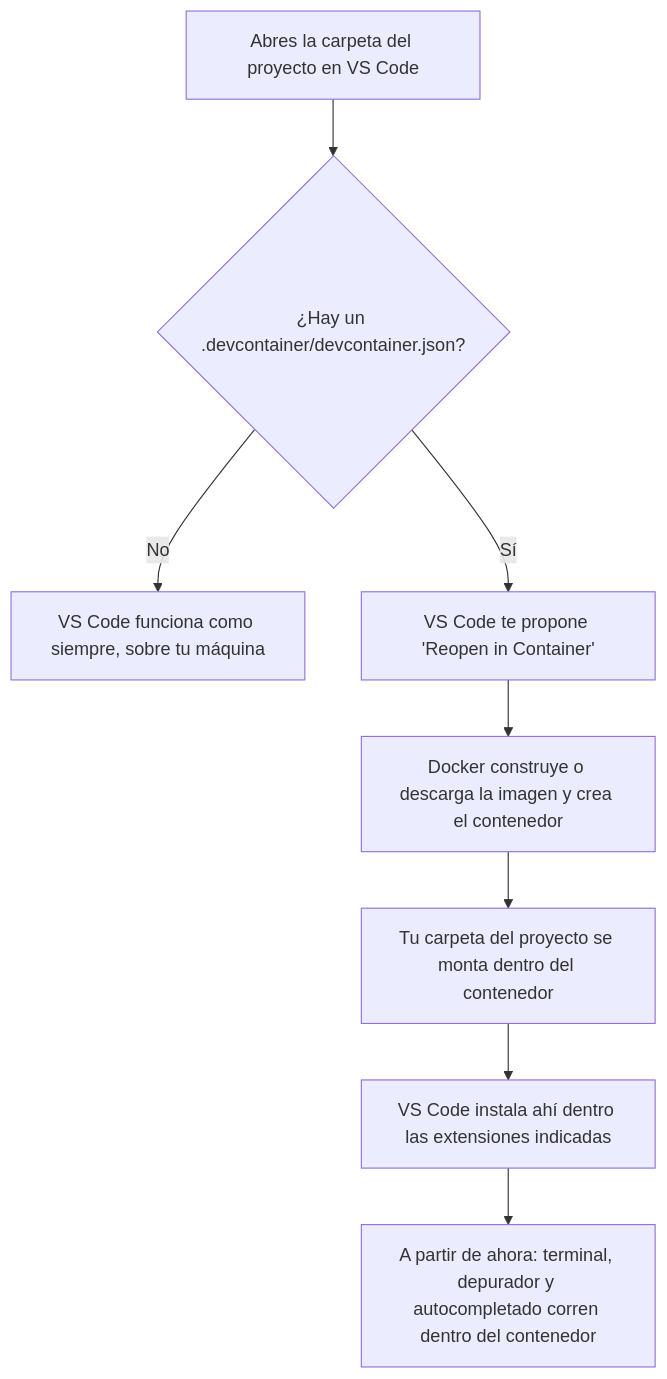
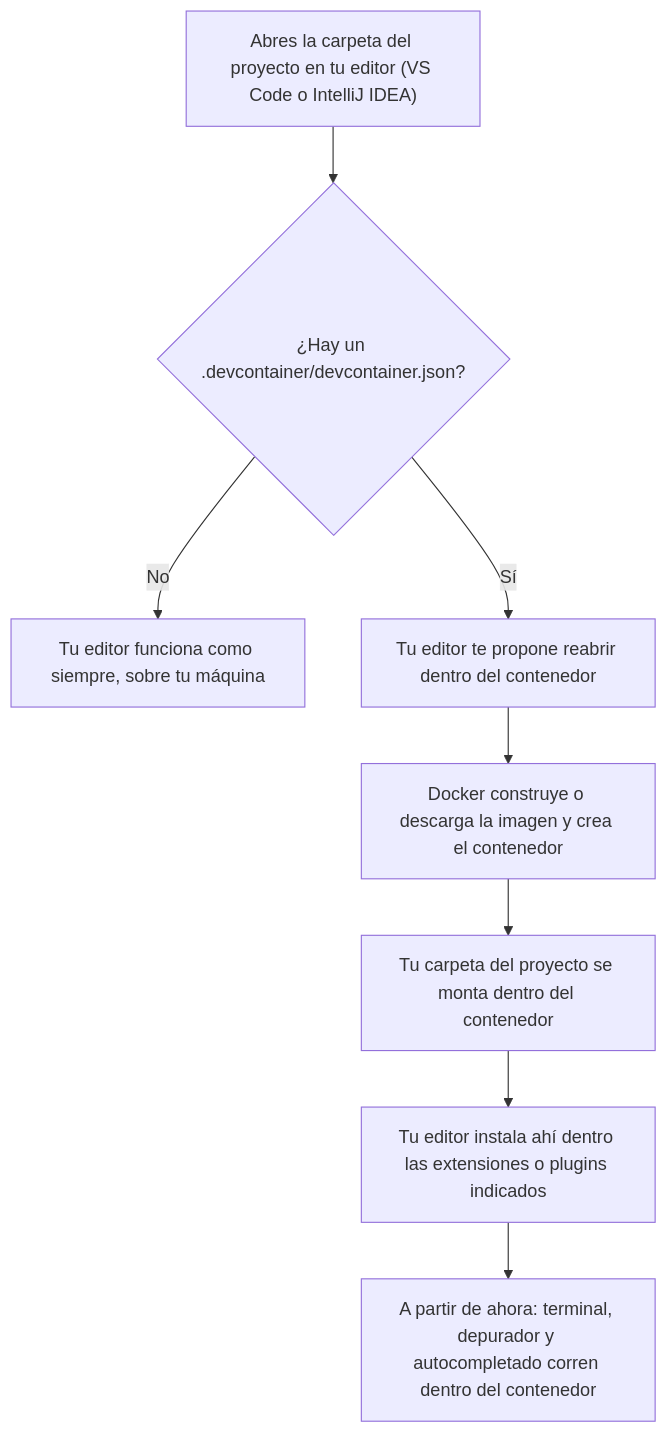
One commit to aitorventura/acceso-a-datos changed the diagram in docs/tema0/dev-containers.md. Above: the diagram before and after it, drawn with Mermaid. The commit also changed other lines of this file and 4 other files, not shown here.

````diff
--- a/docs/tema0/dev-containers.md
+++ b/docs/tema0/dev-containers.md
@@ -25,10 +25,10 @@
 ```mermaid
 flowchart TD
-    A["Abres la carpeta del proyecto en VS Code"] --> B{"¿Hay un .devcontainer/devcontainer.json?"}
-    B -- No --> H["VS Code funciona como siempre, sobre tu máquina"]
-    B -- Sí --> C["VS Code te propone 'Reopen in Container'"]
+    A["Abres la carpeta del proyecto en tu editor (VS Code o IntelliJ IDEA)"] --> B{"¿Hay un .devcontainer/devcontainer.json?"}
+    B -- No --> H["Tu editor funciona como siempre, sobre tu máquina"]
+    B -- Sí --> C["Tu editor te propone reabrir dentro del contenedor"]
     C --> D["Docker construye o descarga la imagen y crea el contenedor"]
     D --> E["Tu carpeta del proyecto se monta dentro del contenedor"]
-    E --> F["VS Code instala ahí dentro las extensiones indicadas"]
+    E --> F["Tu editor instala ahí dentro las extensiones o plugins indicados"]
     F --> G["A partir de ahora: terminal, depurador y autocompletado corren dentro del contenedor"]
 ```
````
